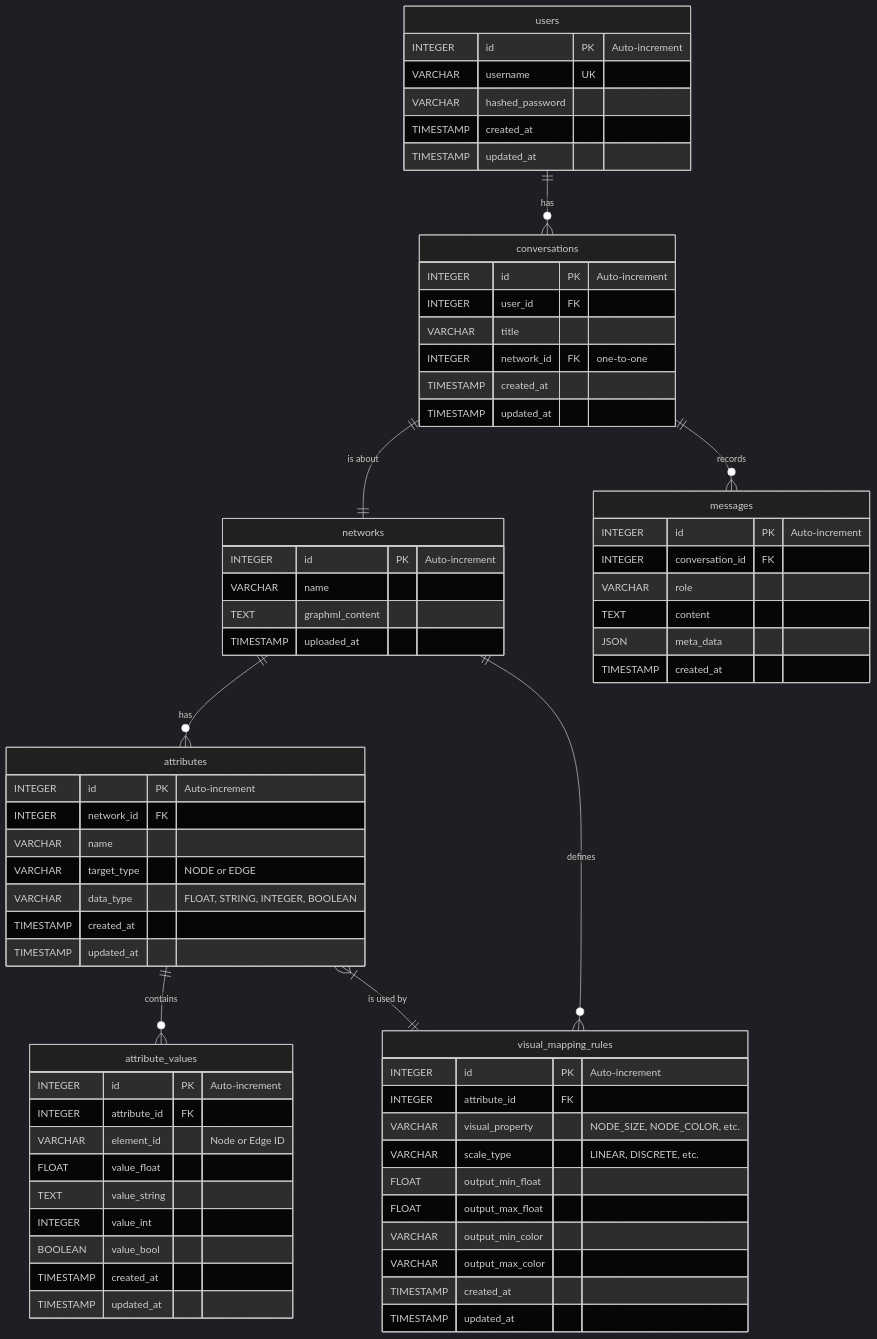
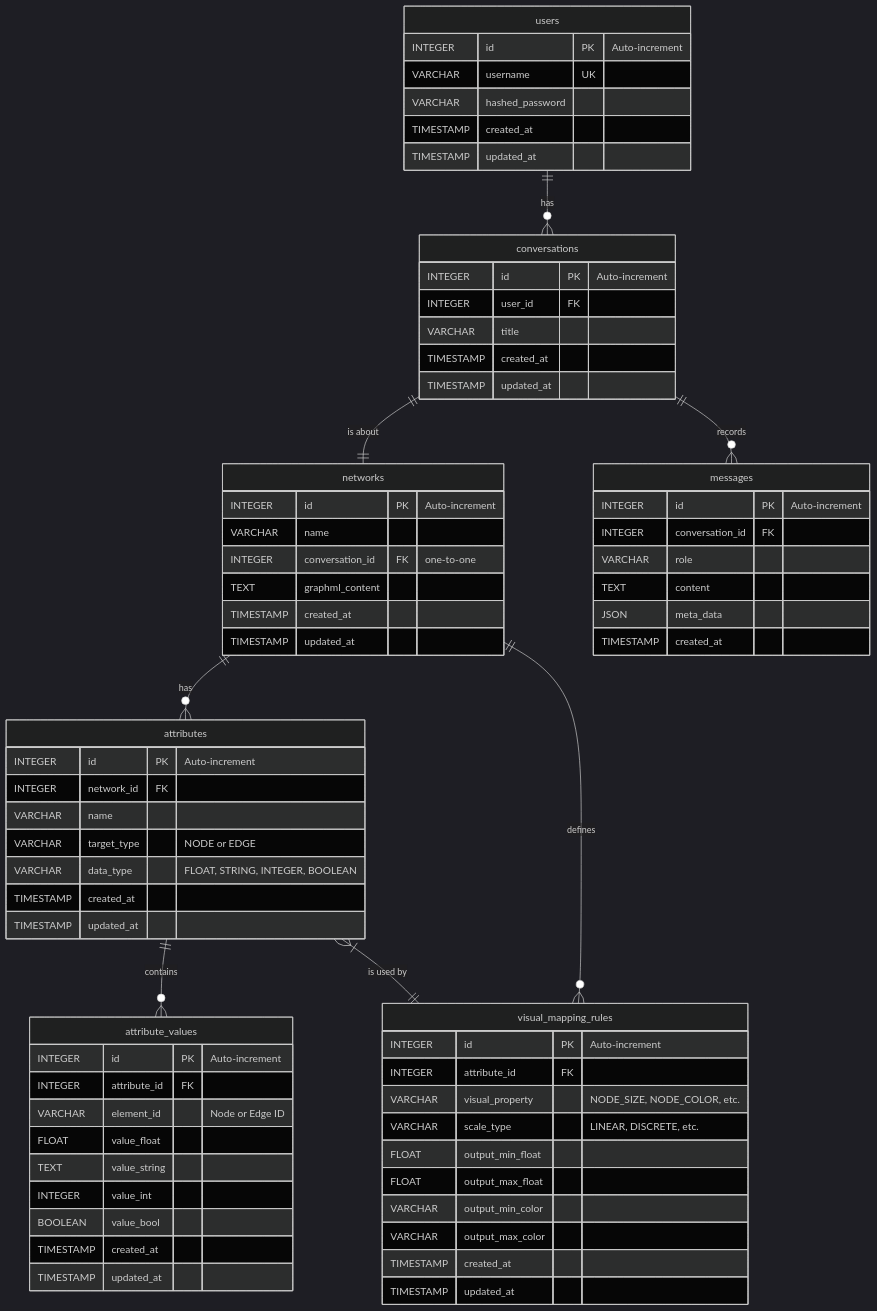
The diagram in specification/database-schema.md (vdslab/LLMGraphvis), drawn with Mermaid (dark theme) before and after one commit. The commit also changed 1 other file, not shown here.

Commit message:
Docs: Align spec with implementation based on user feedback
- Aligns the database schema and API specifications with the reference implementation in the  branch.
- Corrects timestamp columns in the  table to use /.
- Moves the one-to-one foreign key to the  table for consistency.
- Standardizes API model ID data types to  to match the database schema.

````diff
--- a/specification/database-schema.md
+++ b/specification/database-schema.md
@@ -23,78 +23,79 @@
 ```mermaid
 erDiagram
     users ||--o{ conversations : "has"
     conversations ||--|| networks : "is about"
     conversations ||--o{ messages : "records"
     networks ||--o{ attributes : "has"
     attributes ||--o{ attribute_values : "contains"
     networks ||--o{ visual_mapping_rules : "defines"
     attributes }|--|| visual_mapping_rules : "is used by"
 
     users {
         INTEGER id PK "Auto-increment"
         VARCHAR username UK
         VARCHAR hashed_password
         TIMESTAMP created_at
         TIMESTAMP updated_at
     }
 
     conversations {
         INTEGER id PK "Auto-increment"
         INTEGER user_id FK
         VARCHAR title
-        INTEGER network_id FK "one-to-one"
         TIMESTAMP created_at
         TIMESTAMP updated_at
     }
 
     networks {
         INTEGER id PK "Auto-increment"
         VARCHAR name
+        INTEGER conversation_id FK "one-to-one"
         TEXT graphml_content
-        TIMESTAMP uploaded_at
+        TIMESTAMP created_at
+        TIMESTAMP updated_at
     }
 
     messages {
         INTEGER id PK "Auto-increment"
         INTEGER conversation_id FK
         VARCHAR role
         TEXT content
         JSON meta_data
         TIMESTAMP created_at
     }
 
     attributes {
         INTEGER id PK "Auto-increment"
         INTEGER network_id FK
         VARCHAR name
         VARCHAR target_type "NODE or EDGE"
         VARCHAR data_type "FLOAT, STRING, INTEGER, BOOLEAN"
         TIMESTAMP created_at
         TIMESTAMP updated_at
     }
 
     attribute_values {
         INTEGER id PK "Auto-increment"
         INTEGER attribute_id FK
         VARCHAR element_id "Node or Edge ID"
         FLOAT value_float
         TEXT value_string
         INTEGER value_int
         BOOLEAN value_bool
         TIMESTAMP created_at
         TIMESTAMP updated_at
     }
 
     visual_mapping_rules {
         INTEGER id PK "Auto-increment"
         INTEGER attribute_id FK
         VARCHAR visual_property "NODE_SIZE, NODE_COLOR, etc."
         VARCHAR scale_type "LINEAR, DISCRETE, etc."
         FLOAT output_min_float
         FLOAT output_max_float
         VARCHAR output_min_color
         VARCHAR output_max_color
         TIMESTAMP created_at
         TIMESTAMP updated_at
     }
 ```
````
